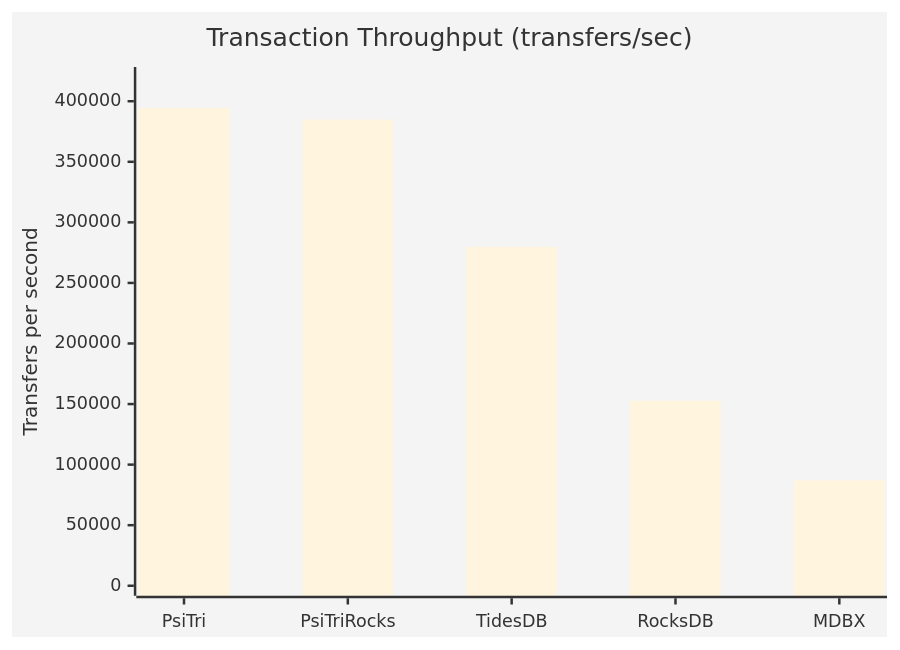
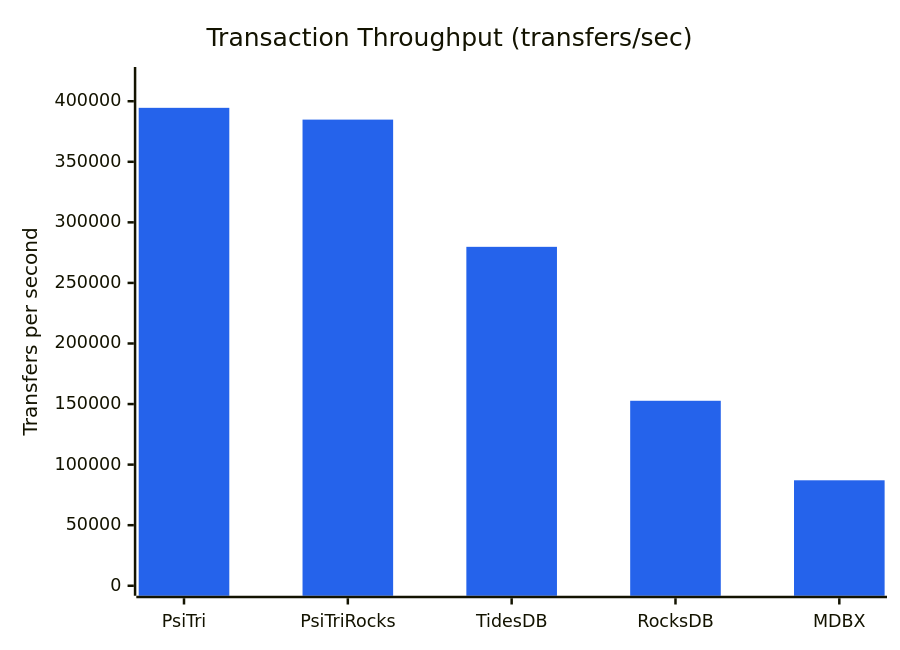
One commit to gofractally/arbtrie changed the first of 3 diagrams in programs/BANK_BENCHMARK.md. Above: the diagram before and after it, drawn with Mermaid. The commit also changed other lines of this file, not shown here.

Commit message:
Fix chart colors for better readability on dark backgrounds

````diff
--- a/programs/BANK_BENCHMARK.md
+++ b/programs/BANK_BENCHMARK.md
@@ -31,8 +31,8 @@
 ```mermaid
-%%{init: {'theme': 'base', 'themeVariables': {'primaryColor': '#4A90D9'}}}%%
+%%{init: {'theme': 'base', 'themeVariables': {'xyChart': {'plotColorPalette': '#2563EB'}}}}%%
 xychart-beta
     title "Transaction Throughput (transfers/sec)"
     x-axis ["PsiTri", "PsiTriRocks", "TidesDB", "RocksDB", "MDBX"]
     y-axis "Transfers per second" 0 --> 420000
     bar [394545, 384822, 279791, 152704, 87061]
 ```
````
